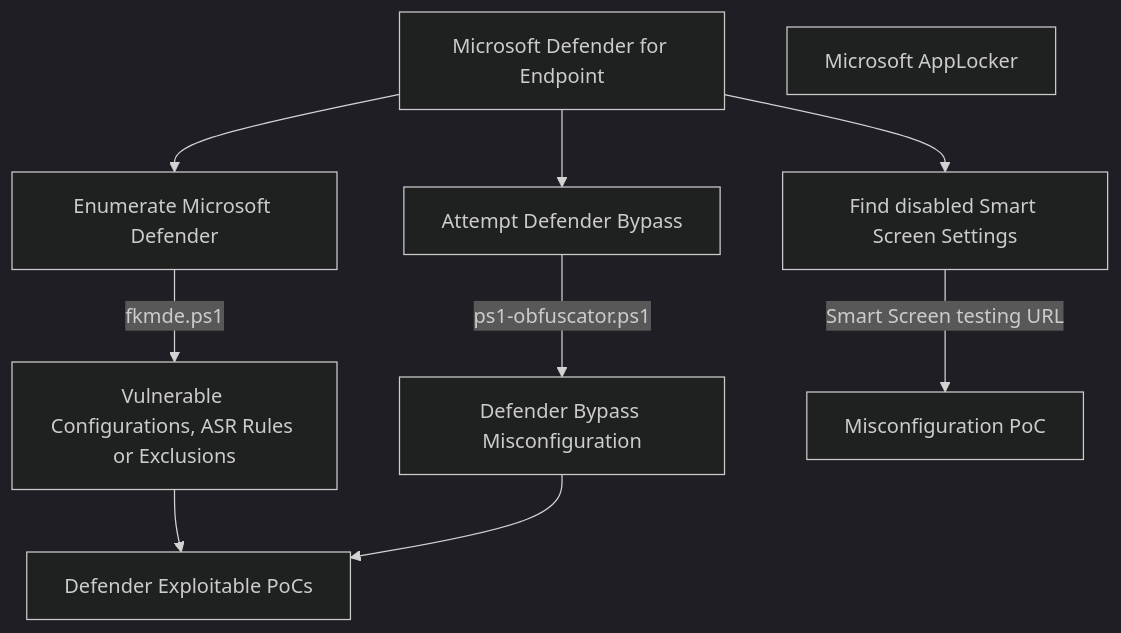
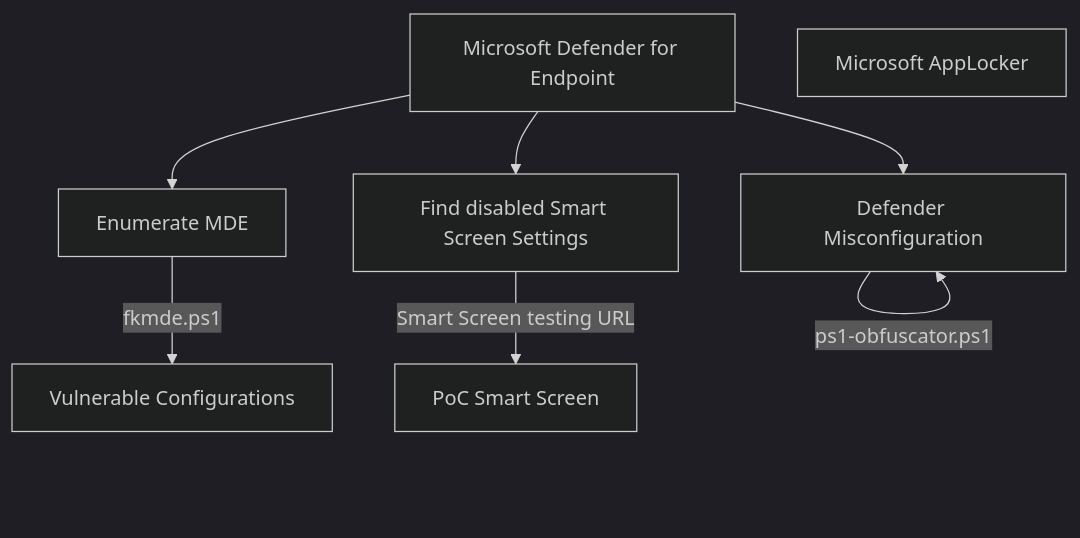
One commit to fkxdr/fkxdr-mindmaps changed the diagram in README.md. Above: the diagram before and after it, drawn with Mermaid (dark theme).

````diff
--- a/README.md
+++ b/README.md
@@ -7,16 +7,14 @@
 ```mermaid
 flowchart TD
     MDE[ Microsoft Defender for Endpoint ]
-    MDE --> MDEENUM[ Enumerate Microsoft Defender ]
-    MDEENUM --> | fkmde.ps1 | MDEVULN[ Vulnerable Configurations, ASR Rules or Exclusions ]
-    MDE --> MDEBPASS[ Attempt Defender Bypass ]
+    MDE --> MDEENUM[ Enumerate MDE ]
+    MDEENUM --> | fkmde.ps1 | MDEVULN[ Vulnerable Configurations ]
+    MDE --> MDEBYPASS[ Attempt Defender Bypass ]
     
-    MDEVULN --> MDEEXPL[ Defender Exploitable PoCs]
-    MDEBPASS --> | ps1-obfuscator.ps1 | MDEBYPASS[ Defender Bypass Misconfiguration]
-    MDEBYPASS --> MDEEXPL[ Defender Exploitable PoCs]
+    MDEBYPASS --> | ps1-obfuscator.ps1 | MDEBYPASS[ Defender Misconfiguration]
 
     MDE --> MDESSCR[ Find disabled Smart Screen Settings ]
-    MDESSCR --> | Smart Screen testing URL | MDESSCR2[ Misconfiguration PoC ]
+    MDESSCR --> | Smart Screen testing URL | MDESSCR2[ PoC Smart Screen ]
 
     APP[ Microsoft AppLocker ]
 ```
````
